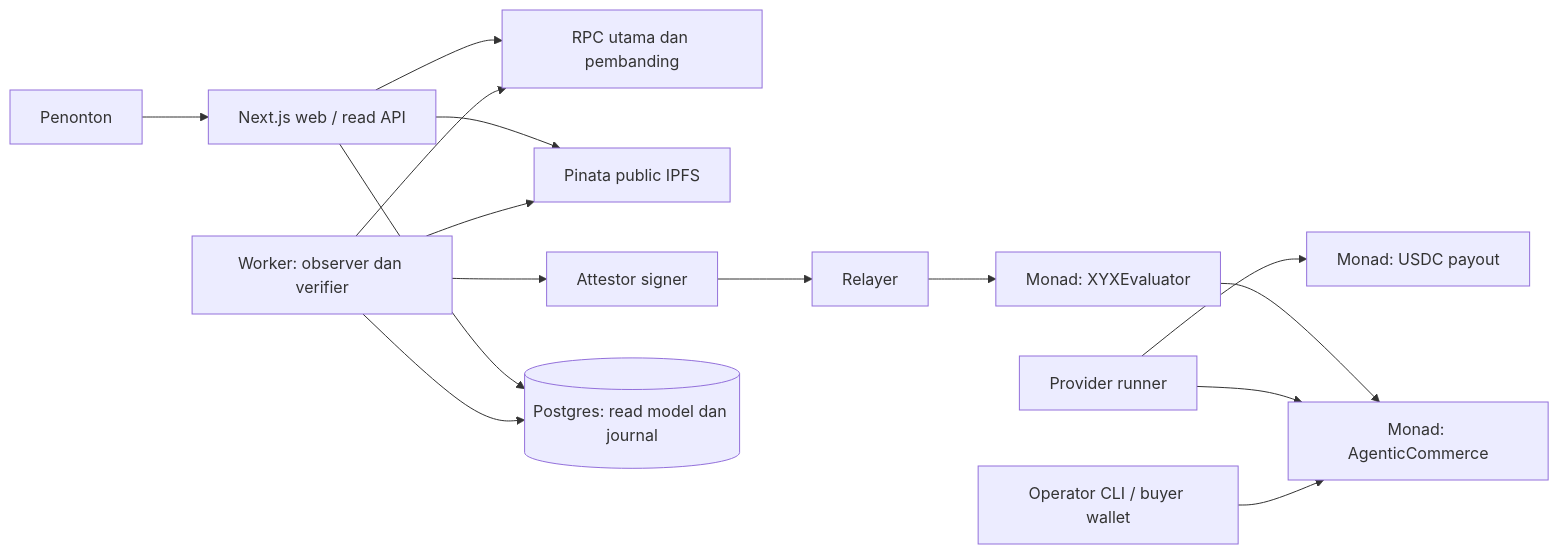
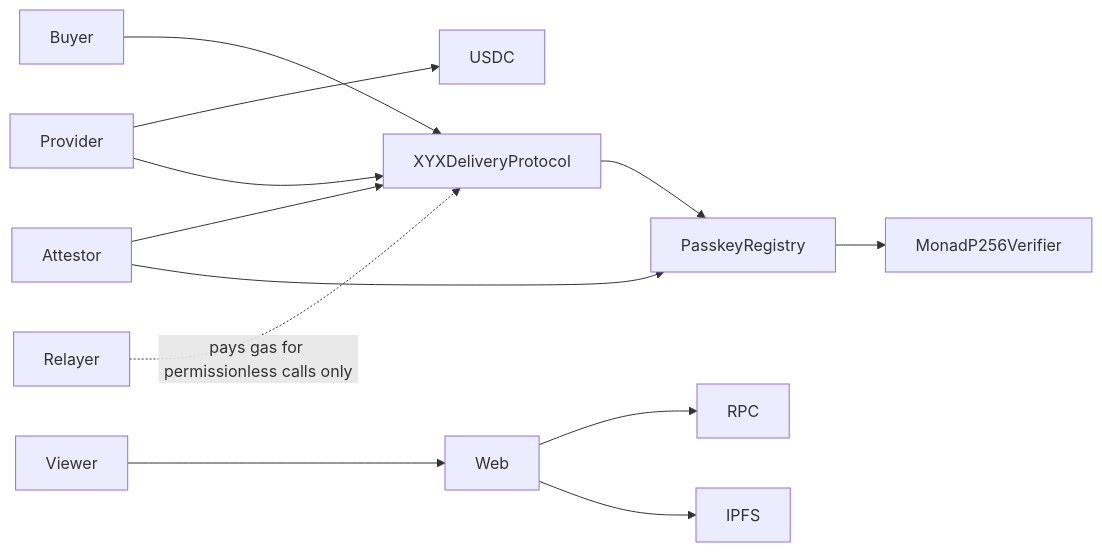
One commit to Archzxylabs/xyx changed the diagram in docs/XYX_MONAD_BLUEPRINT.md. Above: the diagram before and after it, drawn with Mermaid. The commit also changed other lines of this file and 132 other files, not shown here.

````diff
--- a/docs/XYX_MONAD_BLUEPRINT.md
+++ b/docs/XYX_MONAD_BLUEPRINT.md
@@ -137,17 +142,14 @@
 ```mermaid
 flowchart LR
-  Operator[Operator CLI / buyer wallet] --> Escrow[Monad: AgenticCommerce]
-  Provider[Provider runner] --> USDC[Monad: USDC payout]
-  Provider --> Escrow
-  Observer[Worker: observer dan verifier] --> RPC[RPC utama dan pembanding]
-  Observer --> IPFS[Pinata public IPFS]
-  Observer --> Attestor[Attestor signer]
-  Attestor --> Relayer[Relayer]
-  Relayer --> Evaluator[Monad: XYXEvaluator]
-  Evaluator --> Escrow
-  Observer --> DB[(Postgres: read model dan journal)]
-  Viewer[Penonton] --> Web[Next.js web / read API]
-  Web --> DB
+  Buyer --> XYXDeliveryProtocol
+  Provider --> USDC
+  Provider --> XYXDeliveryProtocol
+  Attestor --> XYXDeliveryProtocol
+  Attestor --> PasskeyRegistry
+  XYXDeliveryProtocol --> PasskeyRegistry
+  PasskeyRegistry --> MonadP256Verifier
+  Relayer -. pays gas for permissionless calls only .-> XYXDeliveryProtocol
+  Viewer --> Web
+  Web --> RPC
   Web --> IPFS
-  Web --> RPC
 ```
````
